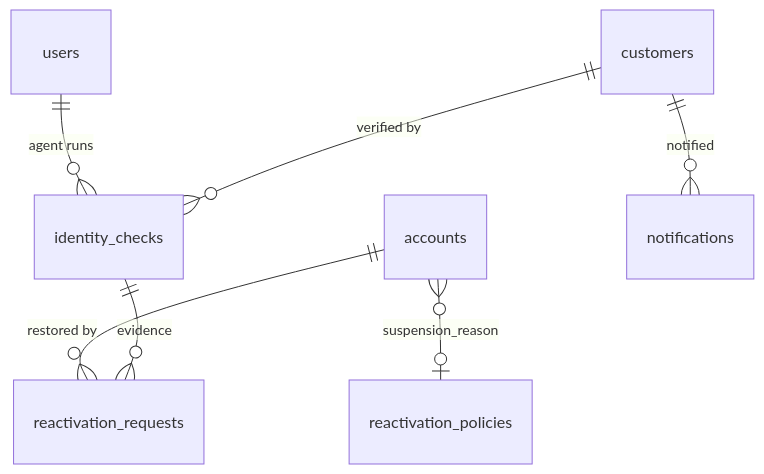
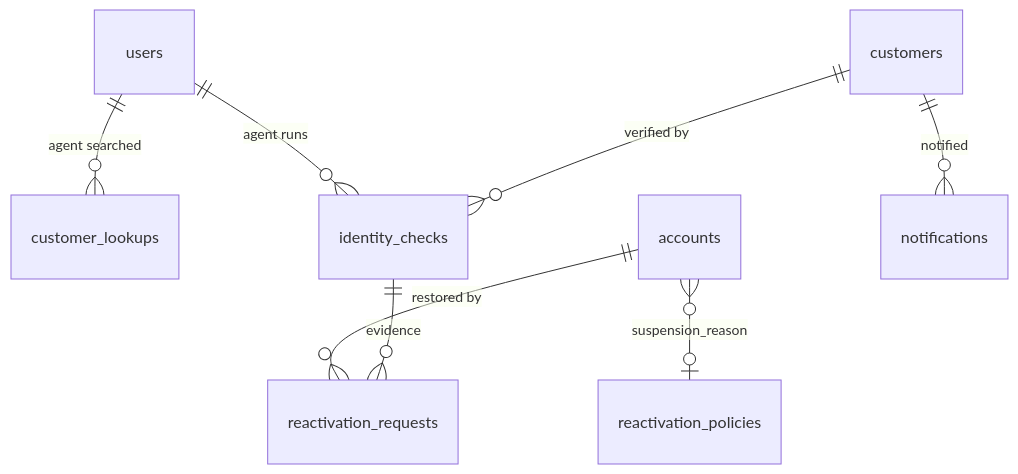
Before and after one commit to manjunathyadavs1998/telecom-support: the first of 2 diagrams in docs/design/03-inbound/backend.md, drawn with Mermaid. The commit also changed other lines of this file and 8 other files, not shown here.

````diff
--- a/docs/design/03-inbound/backend.md
+++ b/docs/design/03-inbound/backend.md
@@ -23,9 +25,10 @@
 ```mermaid
 erDiagram
+  users ||--o{ customer_lookups : "agent searched"
   users ||--o{ identity_checks : "agent runs"
   customers ||--o{ identity_checks : "verified by"
   accounts }o--o| reactivation_policies : "suspension_reason"
   accounts ||--o{ reactivation_requests : "restored by"
   identity_checks ||--o{ reactivation_requests : "evidence"
   customers ||--o{ notifications : "notified"
 ```
````
